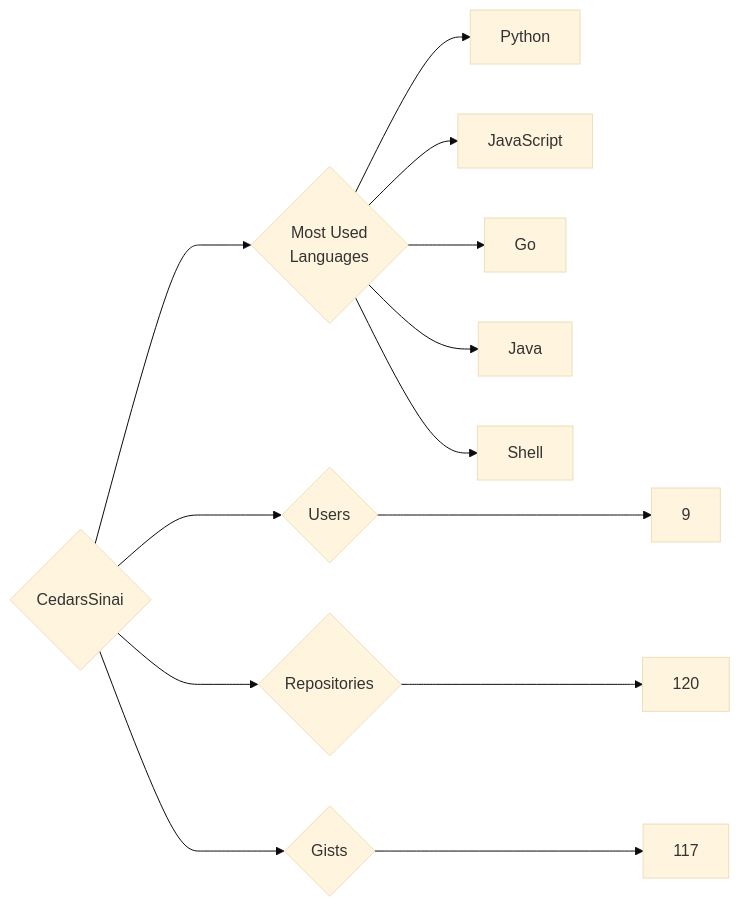
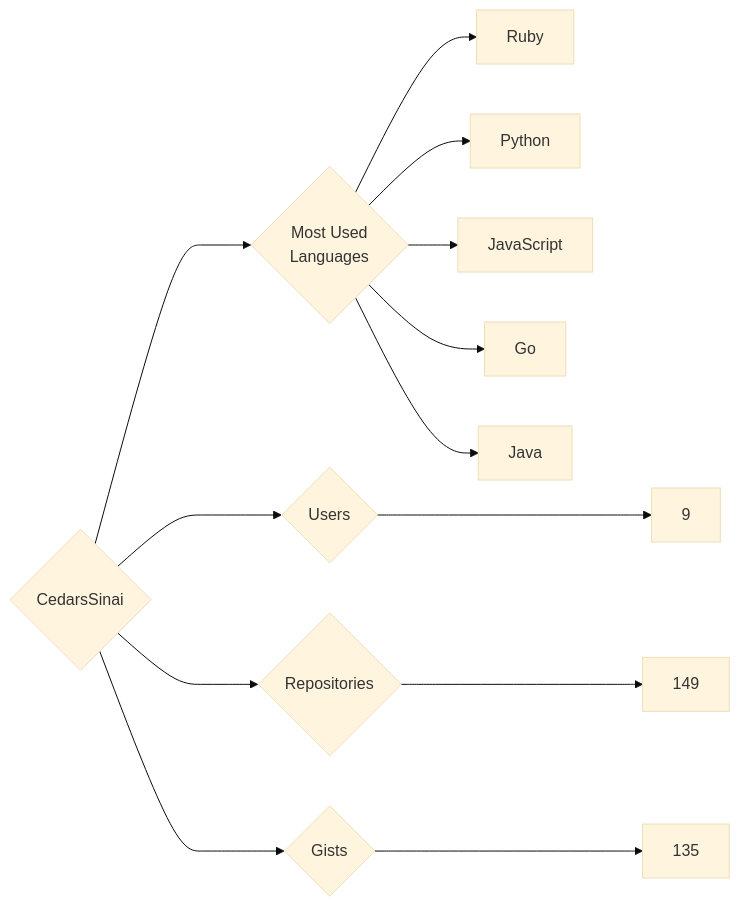
One commit to trickest/insiders changed the diagram in targets/CedarsSinai/README.md. Above: the diagram before and after it, drawn with Mermaid (base theme). The commit also changed 1123 other files, not shown here.

````diff
--- a/targets/CedarsSinai/README.md
+++ b/targets/CedarsSinai/README.md
@@ -3,13 +3,13 @@
 ```mermaid
 graph LR
 COMPANY_NAME{CedarsSinai}
 COMPANY_NAME ---> U{Users} ---> UN[9]
-COMPANY_NAME ---> R{Repositories} ---> RN[120]
-COMPANY_NAME ---> G{Gists} ---> GN[117]
+COMPANY_NAME ---> R{Repositories} ---> RN[149]
+COMPANY_NAME ---> G{Gists} ---> GN[135]
 COMPANY_NAME ---> ML{Most Used<br>Languages}
+ML --> Ruby[Ruby]
 ML --> Python[Python]
 ML --> JavaScript[JavaScript]
 ML --> Go[Go]
 ML --> Java[Java]
-ML --> Shell[Shell]
 ```
````
